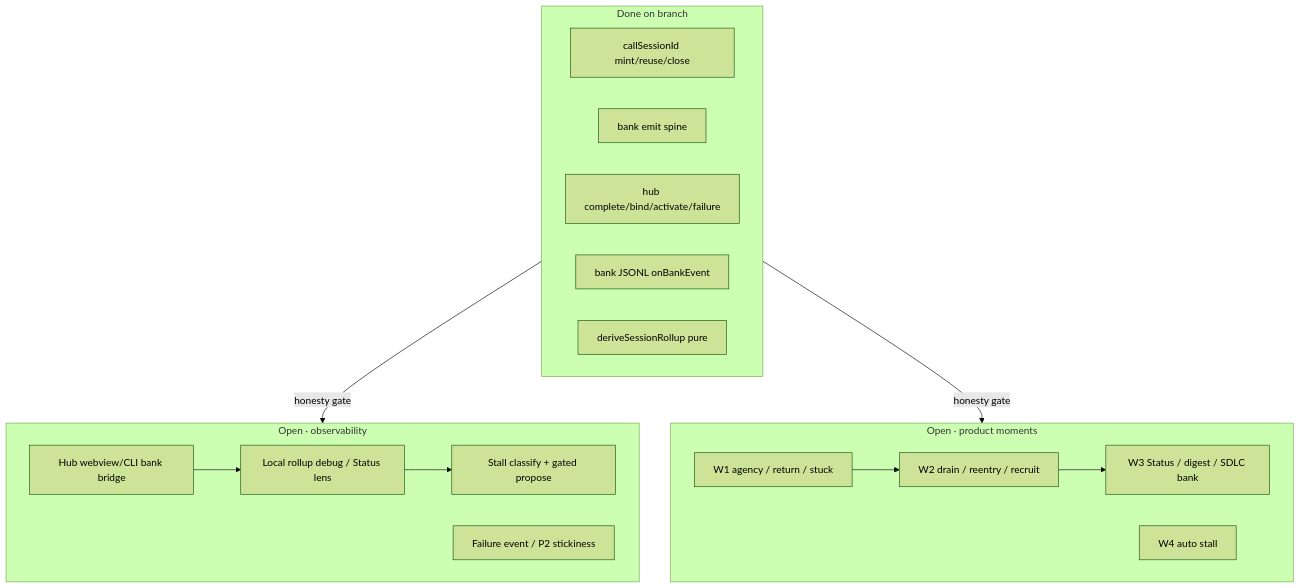
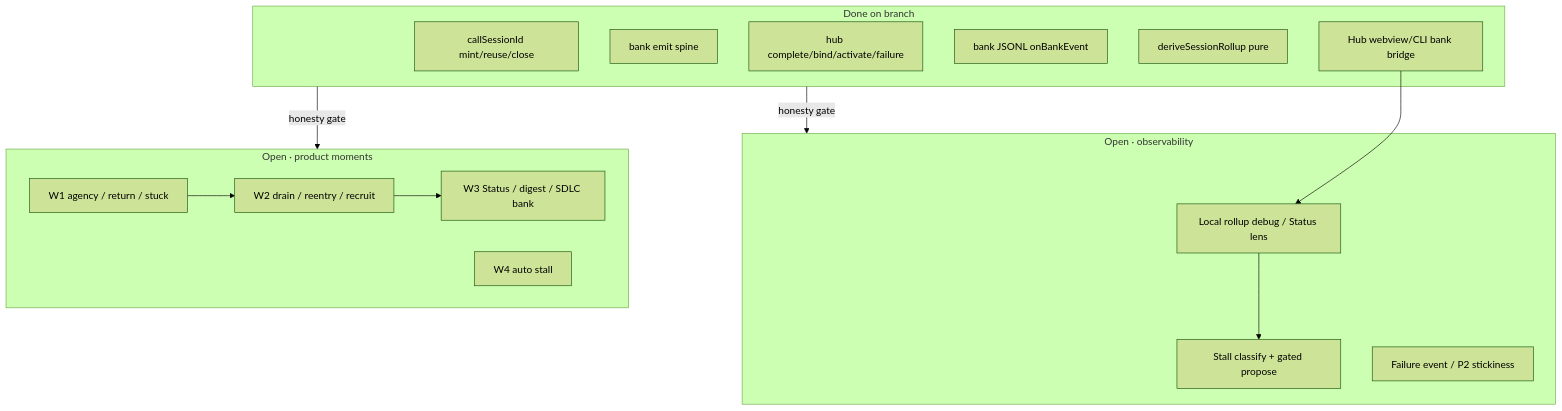
One commit to drive-mode/cline-drivecode changed the diagram in docs/drivecode/plans/cline-drivemode/delivery/REMAINING-task-satisfaction.md. Above: the diagram before and after it, drawn with Mermaid (forest theme). The commit also changed other lines of this file and 14 other files, not shown here.

First line of the commit message:
feat(drive): bridge hub webview bank complete/bind/activate/failure

````diff
--- a/docs/drivecode/plans/cline-drivemode/delivery/REMAINING-task-satisfaction.md
+++ b/docs/drivecode/plans/cline-drivemode/delivery/REMAINING-task-satisfaction.md
@@ -30,28 +30,28 @@
 ```mermaid
 flowchart TD
   subgraph Done["Done on branch"]
     CS["callSessionId mint/reuse/close"]
     Emit["bank emit spine"]
     HubOps["hub complete/bind/activate/failure"]
     Log["bank JSONL onBankEvent"]
     Rollup["deriveSessionRollup pure"]
+    Bridge["Hub webview/CLI bank bridge"]
   end
   subgraph OpenObs["Open · observability"]
-    Bridge["Hub webview/CLI bank bridge"]
     UI2["Local rollup debug / Status lens"]
     S3["Stall classify + gated propose"]
     P2ev["Failure event / P2 stickiness"]
   end
   subgraph OpenMoments["Open · product moments"]
     W1["W1 agency / return / stuck"]
     W2["W2 drain / reentry / recruit"]
     W3["W3 Status / digest / SDLC bank"]
     W4["W4 auto stall"]
   end
   Done -->|"honesty gate"| OpenObs
   Done -->|"honesty gate"| OpenMoments
   Bridge --> UI2
   UI2 --> S3
   W1 --> W2
   W2 --> W3
 ```
````
